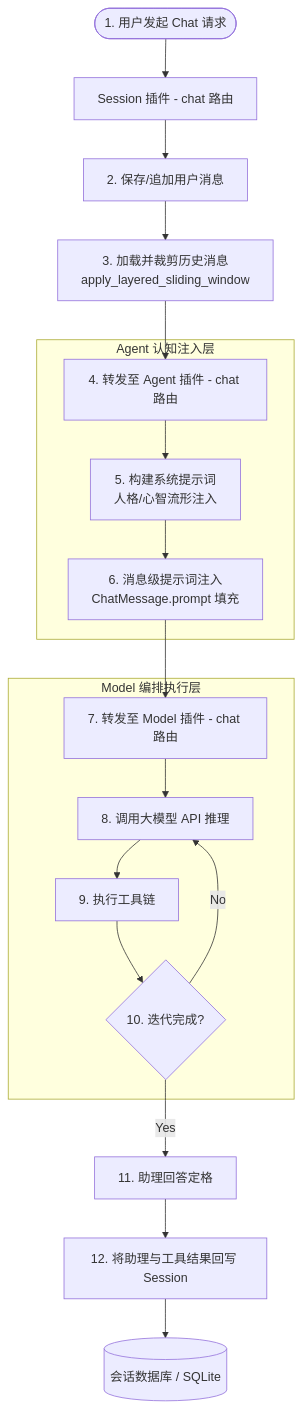
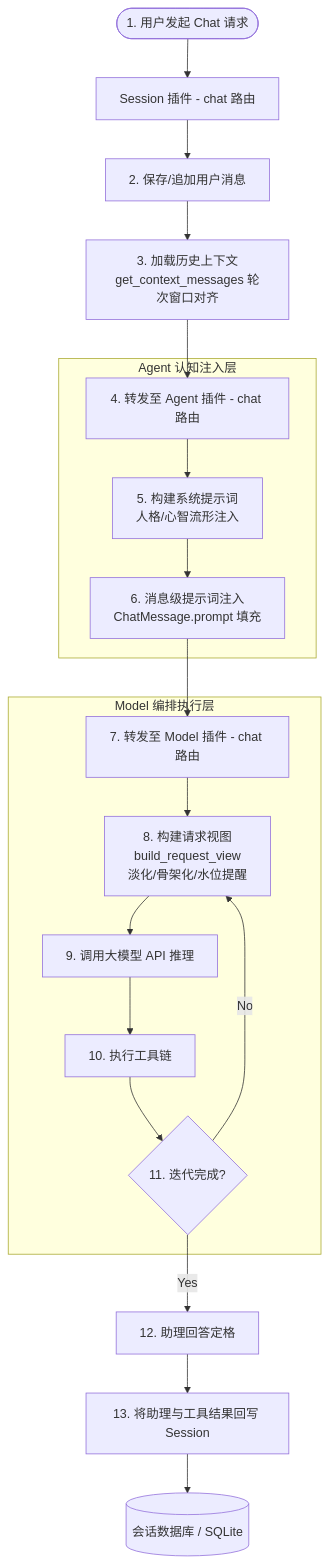
The diagram in symbio/src/plugins/session/README.md (agiwave/symbio), drawn with Mermaid before and after one commit. The commit also changed other lines of this file and 18 other files, not shown here.

First line of the commit message:
refactor(session, model, core): 重构上下文治理链路，实现分层剪裁与工具级保留策略

````diff
--- a/symbio/src/plugins/session/README.md
+++ b/symbio/src/plugins/session/README.md
@@ -13,25 +13,26 @@
 ```mermaid
 flowchart TD
     User([1. 用户发起 Chat 请求]) --> SessionChat[Session 插件 - chat 路由]
     SessionChat --> SaveUser[2. 保存/追加用户消息]
-    SaveUser --> LoadHistory[3. 加载并裁剪历史消息<br>apply_layered_sliding_window]
+    SaveUser --> LoadHistory[3. 加载历史上下文<br>get_context_messages 轮次窗口对齐]
     LoadHistory --> AgentChat[4. 转发至 Agent 插件 - chat 路由]
     
     subgraph Agent 认知注入层
         AgentChat --> BuildPrompt[5. 构建系统提示词<br>人格/心智流形注入]
         BuildPrompt --> InjectMsg[6. 消息级提示词注入<br>ChatMessage.prompt 填充]
     end
     
     InjectMsg --> ModelChat[7. 转发至 Model 插件 - chat 路由]
     
     subgraph Model 编排执行层
-        ModelChat --> LLMCall[8. 调用大模型 API 推理]
-        LLMCall --> ToolAction[9. 执行工具链]
-        ToolAction --> LoopCheck{10. 迭代完成?}
-        LoopCheck -- No --> LLMCall
+        ModelChat --> BuildView[8. 构建请求视图<br>build_request_view<br>淡化/骨架化/水位提醒]
+        BuildView --> LLMCall[9. 调用大模型 API 推理]
+        LLMCall --> ToolAction[10. 执行工具链]
+        ToolAction --> LoopCheck{11. 迭代完成?}
+        LoopCheck -- No --> BuildView
     end
     
-    LoopCheck -- Yes --> EndTurn[11. 助理回答定格]
-    EndTurn --> SaveFinal[12. 将助理与工具结果回写 Session]
+    LoopCheck -- Yes --> EndTurn[12. 助理回答定格]
+    EndTurn --> SaveFinal[13. 将助理与工具结果回写 Session]
     SaveFinal --> SQLite[(会话数据库 / SQLite)]
 ```
````
